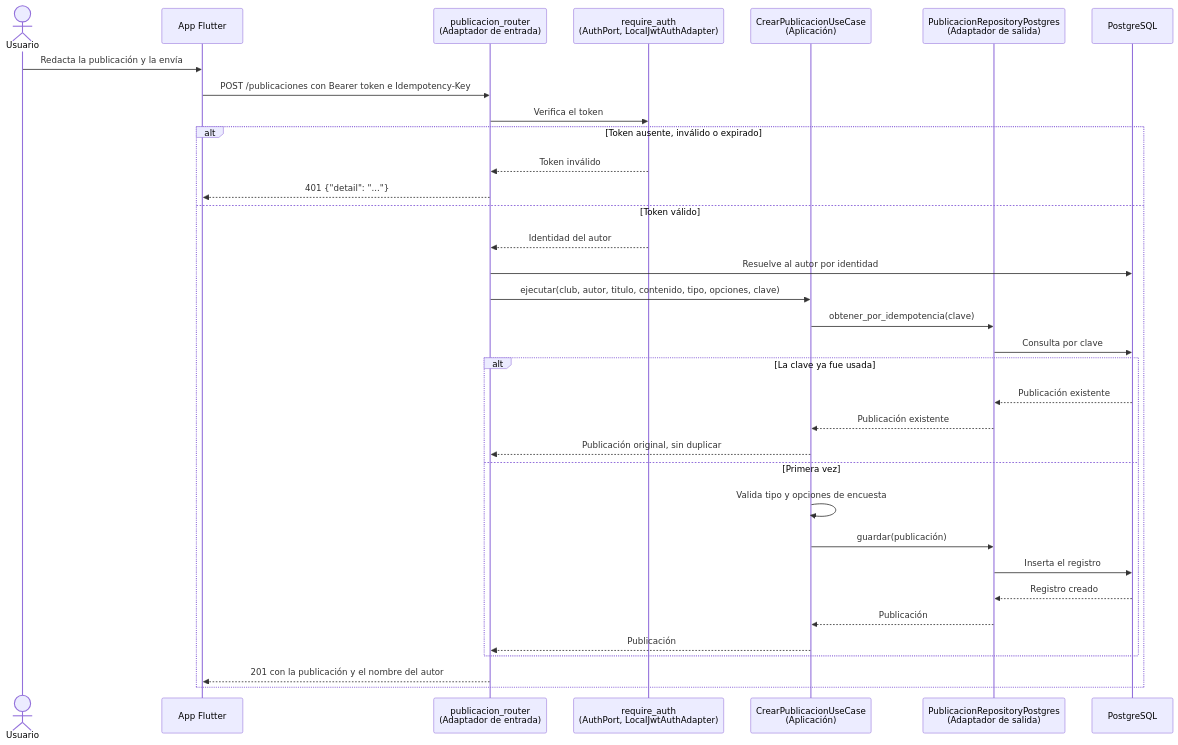
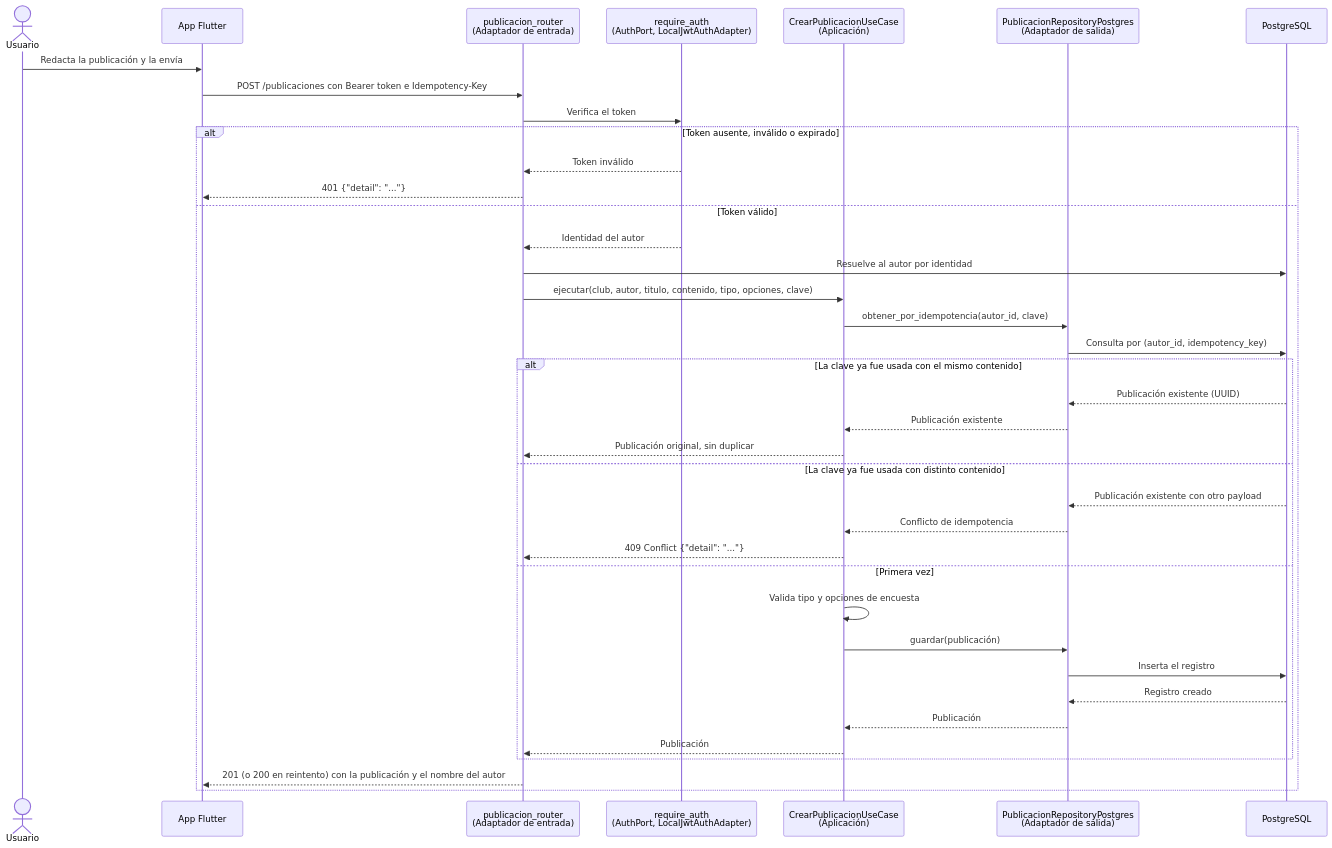
The third of 3 diagrams in docs/arc42/06_vista_de_ejecucion.md (ISCOUTB/AS_202620_Clubs_UTB), drawn with Mermaid before and after one commit. The commit also changed other lines of this file and 20 other files, not shown here.

````diff
--- a/docs/arc42/06_vista_de_ejecucion.md
+++ b/docs/arc42/06_vista_de_ejecucion.md
@@ -66,37 +78,41 @@
 ```mermaid
 sequenceDiagram
     actor U as Usuario
     participant APP as App Flutter
     participant R as publicacion_router<br/>(Adaptador de entrada)
     participant AUTH as require_auth<br/>(AuthPort, LocalJwtAuthAdapter)
     participant UC as CrearPublicacionUseCase<br/>(Aplicación)
     participant REP as PublicacionRepositoryPostgres<br/>(Adaptador de salida)
     participant DB as PostgreSQL
 
     U->>APP: Redacta la publicación y la envía
     APP->>R: POST /publicaciones con Bearer token e Idempotency-Key
     R->>AUTH: Verifica el token
     alt Token ausente, inválido o expirado
         AUTH-->>R: Token inválido
         R-->>APP: 401 {"detail": "..."}
     else Token válido
         AUTH-->>R: Identidad del autor
         R->>DB: Resuelve al autor por identidad
         R->>UC: ejecutar(club, autor, titulo, contenido, tipo, opciones, clave)
-        UC->>REP: obtener_por_idempotencia(clave)
-        REP->>DB: Consulta por clave
-        alt La clave ya fue usada
-            DB-->>REP: Publicación existente
+        UC->>REP: obtener_por_idempotencia(autor_id, clave)
+        REP->>DB: Consulta por (autor_id, idempotency_key)
+        alt La clave ya fue usada con el mismo contenido
+            DB-->>REP: Publicación existente (UUID)
             REP-->>UC: Publicación existente
             UC-->>R: Publicación original, sin duplicar
+        else La clave ya fue usada con distinto contenido
+            DB-->>REP: Publicación existente con otro payload
+            REP-->>UC: Conflicto de idempotencia
+            UC-->>R: 409 Conflict {"detail": "..."}
         else Primera vez
             UC->>UC: Valida tipo y opciones de encuesta
             UC->>REP: guardar(publicación)
             REP->>DB: Inserta el registro
             DB-->>REP: Registro creado
             REP-->>UC: Publicación
             UC-->>R: Publicación
         end
-        R-->>APP: 201 con la publicación y el nombre del autor
+        R-->>APP: 201 (o 200 en reintento) con la publicación y el nombre del autor
     end
 ```
````
